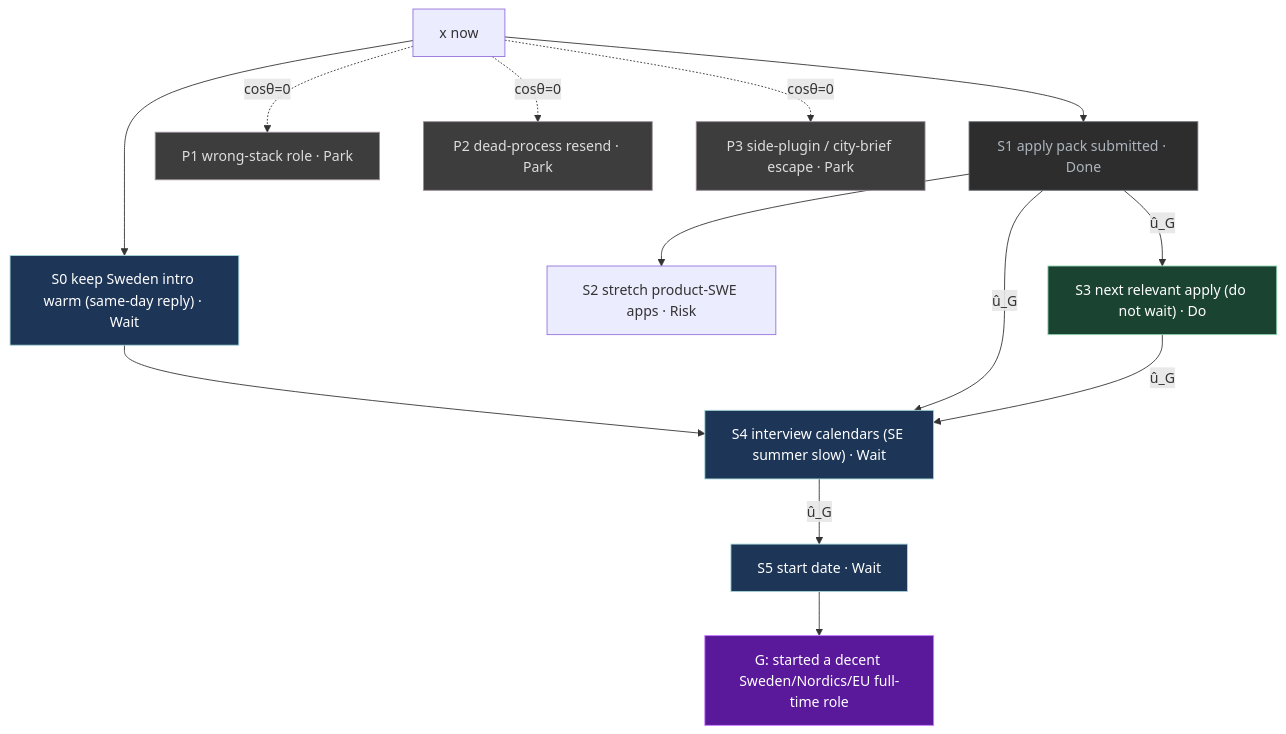
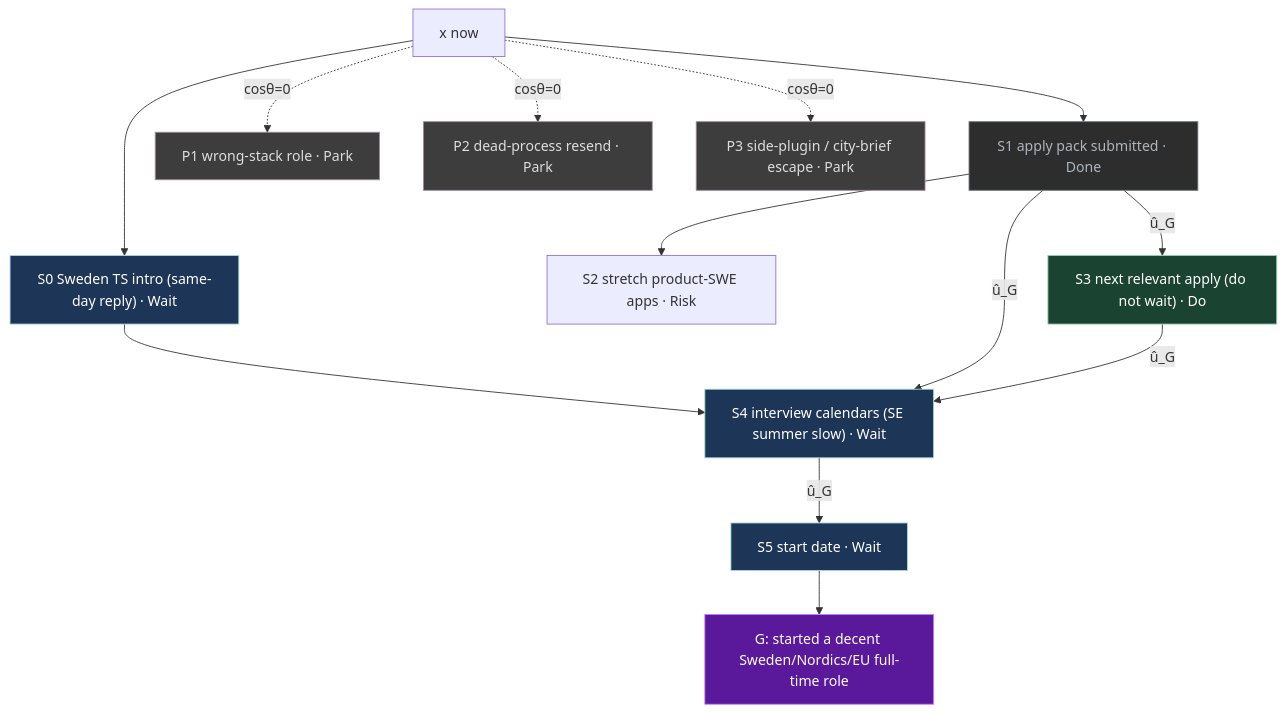
One commit to p10ns11y/life-os changed the diagram in UI/Mission.md. Above: the diagram before and after it, drawn with Mermaid. The commit also changed other lines of this file and 1 other file, not shown here.

First line of the commit message:
docs(career): Sweden TS intro still open; do not wait on next stage

````diff
--- a/UI/Mission.md
+++ b/UI/Mission.md
@@ -56,36 +56,36 @@
 ```mermaid
 flowchart TB
   x["x now"]
   G["G: started a decent Sweden/Nordics/EU full-time role"]
-  S0["S0 keep Sweden intro warm (same-day reply) · Wait"]
+  S0["S0 Sweden TS intro (same-day reply) · Wait"]
   S1["S1 apply pack submitted · Done"]
   S2["S2 stretch product-SWE apps · Risk"]
   S3["S3 next relevant apply (do not wait) · Do"]
   S4["S4 interview calendars (SE summer slow) · Wait"]
   S5["S5 start date · Wait"]
   P1["P1 wrong-stack role · Park"]
   P2["P2 dead-process resend · Park"]
   P3["P3 side-plugin / city-brief escape · Park"]
   x --> S0
   x --> S1
   S1 --> S2
   S1 -->|"û_G"| S3
   S0 --> S4
   S1 -->|"û_G"| S4
   S3 -->|"û_G"| S4
   S4 -->|"û_G"| S5
   x -.->|"cosθ=0"| P1
   x -.->|"cosθ=0"| P2
   x -.->|"cosθ=0"| P3
   S5 --> G
   classDef do fill:#1b4332,stroke:#95d5b2,color:#fff
   classDef wait fill:#1d3557,stroke:#a8dadc,color:#fff
   classDef park fill:#3d3d3d,stroke:#9a8c98,color:#ddd
   classDef done fill:#2d2d2d,stroke:#6c757d,color:#adb5bd
   classDef goal fill:#5a189a,stroke:#c77dff,color:#fff
   class G goal
   class S3 do
   class S0,S4,S5 wait
   class P1,P2,P3 park
   class S1 done
 ```
````
